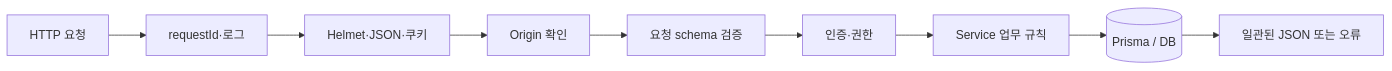
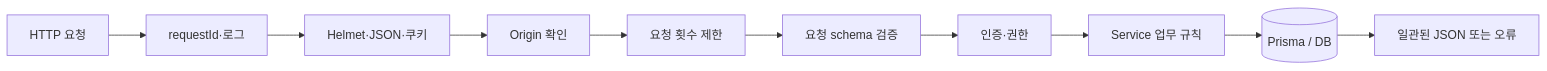
One commit to yohan-work/SourceWiki changed the diagram in docs/learning_data/05-backend-and-api.md. Above: the diagram before and after it, drawn with Mermaid. The commit also changed other lines of this file and 28 other files, not shown here.

````diff
--- a/docs/learning_data/05-backend-and-api.md
+++ b/docs/learning_data/05-backend-and-api.md
@@ -11,11 +17,12 @@
 ```mermaid
 flowchart LR
   R[HTTP 요청] --> I[requestId·로그]
   I --> H[Helmet·JSON·쿠키]
   H --> O[Origin 확인]
-  O --> V[요청 schema 검증]
+  O --> RL[요청 횟수 제한]
+  RL --> V[요청 schema 검증]
   V --> AU[인증·권한]
   AU --> S[Service 업무 규칙]
   S --> DB[(Prisma / DB)]
   DB --> E[일관된 JSON 또는 오류]
 ```
````
